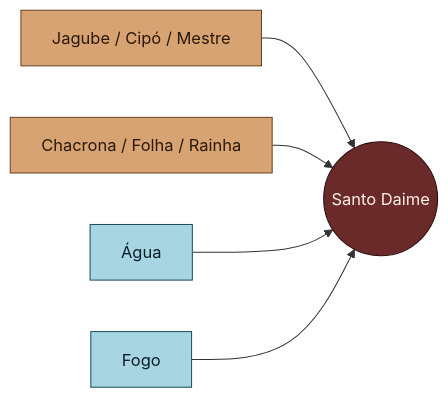
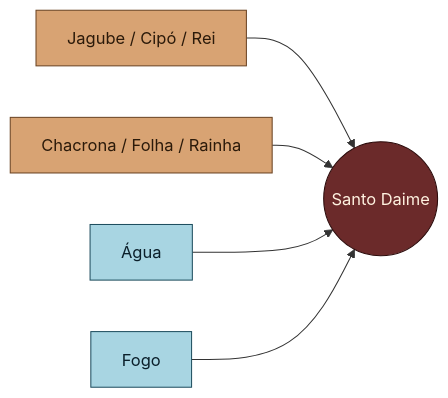
Before and after one commit to nitaibezerra/gestao-feitio: the first of 15 diagrams in projeto/tutorial-producao-daime.md, drawn with Mermaid. The commit also changed other lines of this file and 2 other files, not shown here.

````diff
--- a/projeto/tutorial-producao-daime.md
+++ b/projeto/tutorial-producao-daime.md
@@ -24,17 +26,17 @@
 ```mermaid
 flowchart LR
-    J[Jagube / Cipó / Mestre]:::planta
+    J[Jagube / Cipó / Rei]:::planta
     C[Chacrona / Folha / Rainha]:::planta
     A[Água]:::elem
     F[Fogo]:::elem
     D((Santo Daime)):::daime
 
     J --> D
     C --> D
     A --> D
     F --> D
 
     classDef planta fill:#d8a373,stroke:#6b4423,color:#2b1a0a
     classDef elem fill:#a8d5e2,stroke:#1f4e5f,color:#0b1f2a
     classDef daime fill:#6b2a2a,stroke:#2b0a0a,color:#fff2e0
 ```
````
